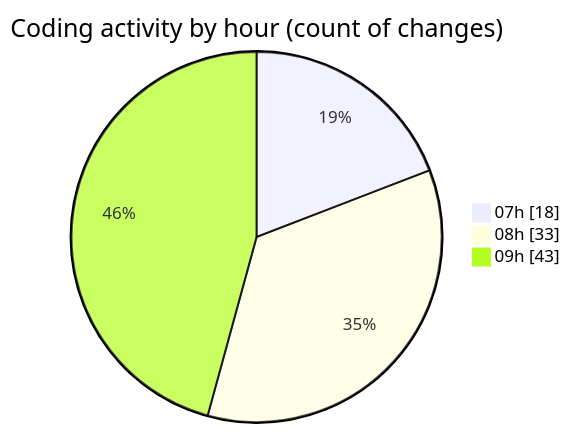
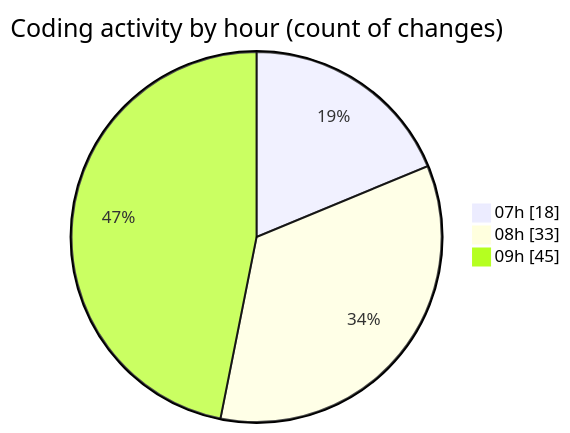
Before and after one commit to robertbonfada/code-tracking: the second of 2 diagrams in 2025-02-03/mbc-web/README.md, drawn with Mermaid. The commit also changed other lines of this file and 1 other file, not shown here.

````diff
--- a/2025-02-03/mbc-web/README.md
+++ b/2025-02-03/mbc-web/README.md
@@ -44,7 +44,7 @@
 ```mermaid
 pie showData
 title Coding activity by hour (count of changes)
 "07h" : 18
 "08h" : 33
-"09h" : 43
+"09h" : 45
 ```
````
